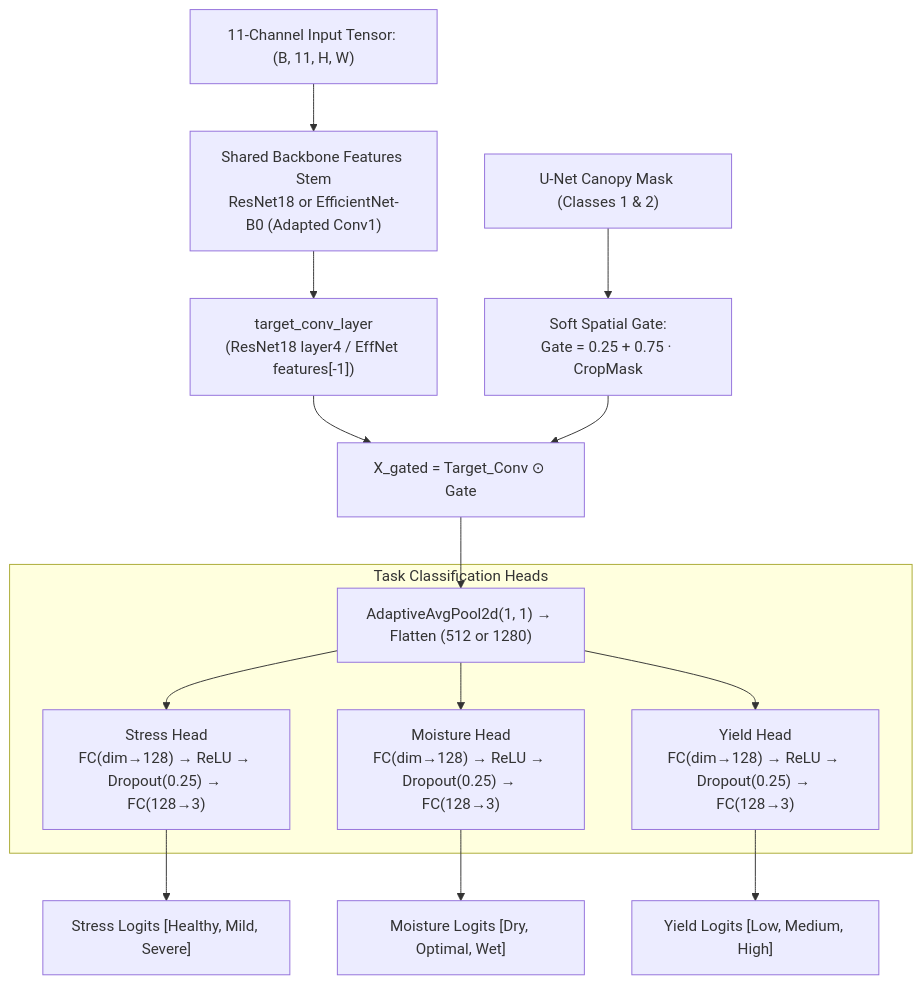
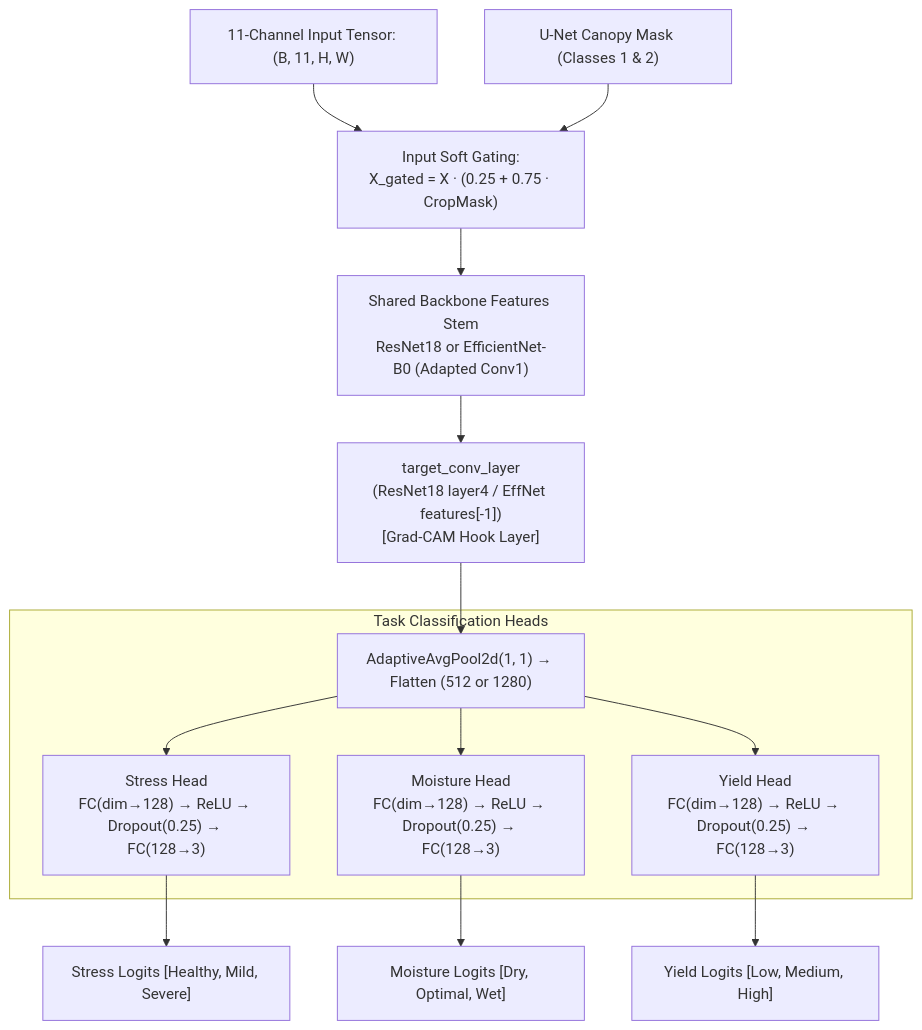
One commit to subhranilbala/SSPV-Irrigation-AI-Evaluation changed the sixth of 10 diagrams in ARCHITECTURE_DIAGRAMS.md. Above: the diagram before and after it, drawn with Mermaid. The commit also changed 22 other files, not shown here.

````diff
--- a/ARCHITECTURE_DIAGRAMS.md
+++ b/ARCHITECTURE_DIAGRAMS.md
@@ -195,21 +195,19 @@
 ```mermaid
 flowchart TD
-    TENSOR["11-Channel Input Tensor: (B, 11, H, W)"] --> STEM["Shared Backbone Features Stem\nResNet18 or EfficientNet-B0 (Adapted Conv1)"]
-    STEM --> TARGET_CONV["target_conv_layer\n(ResNet18 layer4 / EffNet features[-1])"]
+    TENSOR["11-Channel Input Tensor: (B, 11, H, W)"] --> APPLY_GATE["Input Soft Gating:\nX_gated = X · (0.25 + 0.75 · CropMask)"]
+    CROP_MASK["U-Net Canopy Mask (Classes 1 & 2)"] --> APPLY_GATE
     
-    CROP_MASK["U-Net Canopy Mask (Classes 1 & 2)"] --> GATE["Soft Spatial Gate:\nGate = 0.25 + 0.75 · CropMask"]
-    TARGET_CONV --> APPLY_GATE["X_gated = Target_Conv ⊙ Gate"]
-    GATE --> APPLY_GATE
-    
-    APPLY_GATE --> GAP["AdaptiveAvgPool2d(1, 1) → Flatten (512 or 1280)"]
+    APPLY_GATE --> STEM["Shared Backbone Features Stem\nResNet18 or EfficientNet-B0 (Adapted Conv1)"]
+    STEM --> TARGET_CONV["target_conv_layer\n(ResNet18 layer4 / EffNet features[-1])\n[Grad-CAM Hook Layer]"]
+    TARGET_CONV --> GAP["AdaptiveAvgPool2d(1, 1) → Flatten (512 or 1280)"]
 
     subgraph Heads["Task Classification Heads"]
         GAP --> H_STR["Stress Head\nFC(dim→128) → ReLU → Dropout(0.25) → FC(128→3)"]
         GAP --> H_MOI["Moisture Head\nFC(dim→128) → ReLU → Dropout(0.25) → FC(128→3)"]
         GAP --> H_YLD["Yield Head\nFC(dim→128) → ReLU → Dropout(0.25) → FC(128→3)"]
     end
 
     H_STR --> OUT_S["Stress Logits [Healthy, Mild, Severe]"]
     H_MOI --> OUT_M["Moisture Logits [Dry, Optimal, Wet]"]
     H_YLD --> OUT_Y["Yield Logits [Low, Medium, High]"]
 ```
````
